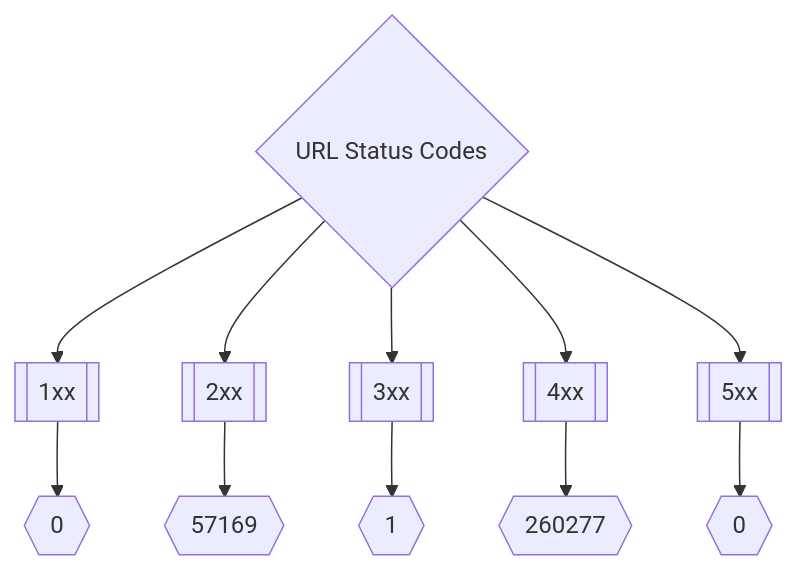
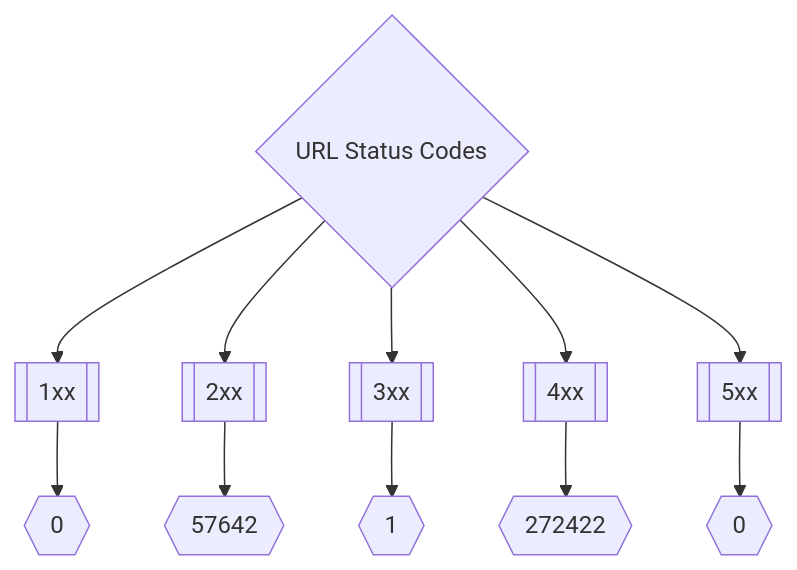
One commit to trickest/inventory changed the second of 3 diagrams in README.md. Above: the diagram before and after it, drawn with Mermaid. The commit also changed other lines of this file, not shown here.

Commit message:
Update Tue Apr  5 10:21:46 UTC 2022

````diff
--- a/README.md
+++ b/README.md
@@ -173,8 +173,8 @@
 ```mermaid
 graph TD
 title{URL Status Codes} --> 1xx[[1xx]] --> status1xxNum{{0}}
-title --> 2xx[[2xx]] --> status2xxNum{{57169}}
+title --> 2xx[[2xx]] --> status2xxNum{{57642}}
 title --> 3xx[[3xx]] --> status3xxNum{{1}}
-title --> 4xx[[4xx]] --> status4xxNum{{260277}}
+title --> 4xx[[4xx]] --> status4xxNum{{272422}}
 title --> 5xx[[5xx]] --> status5xxNum{{0}}
 ```
````
